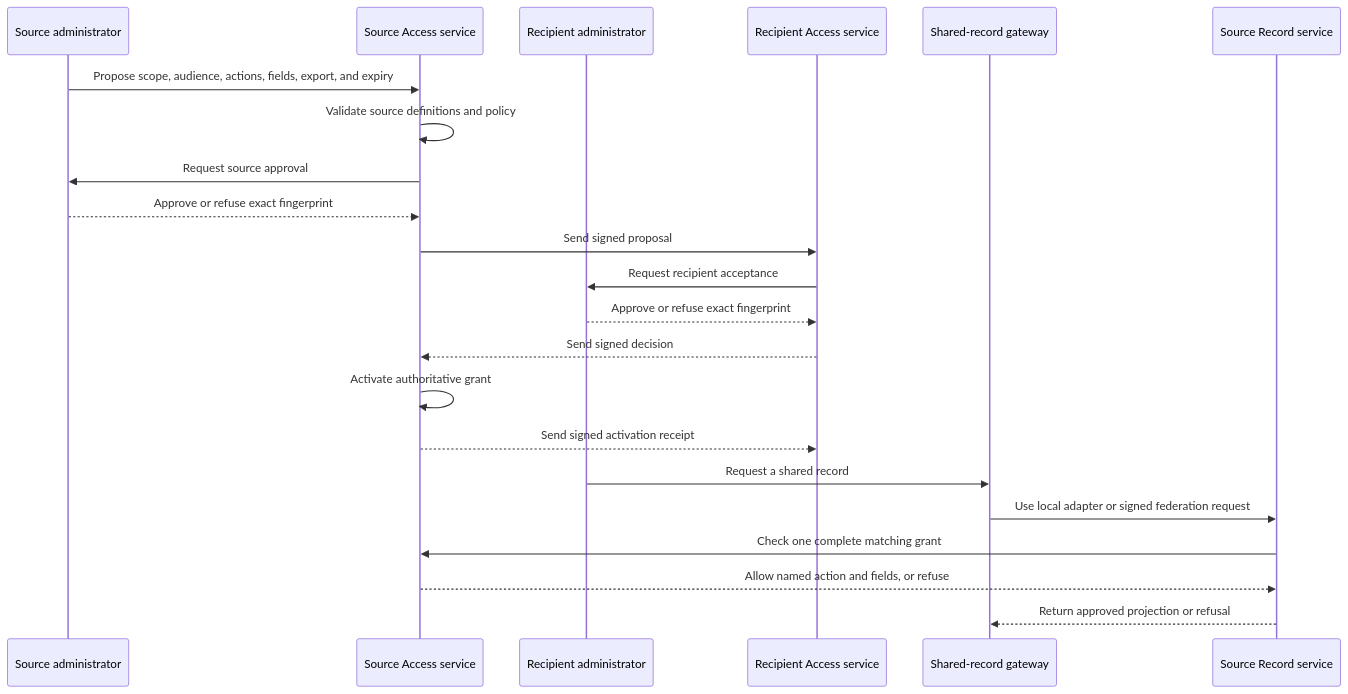
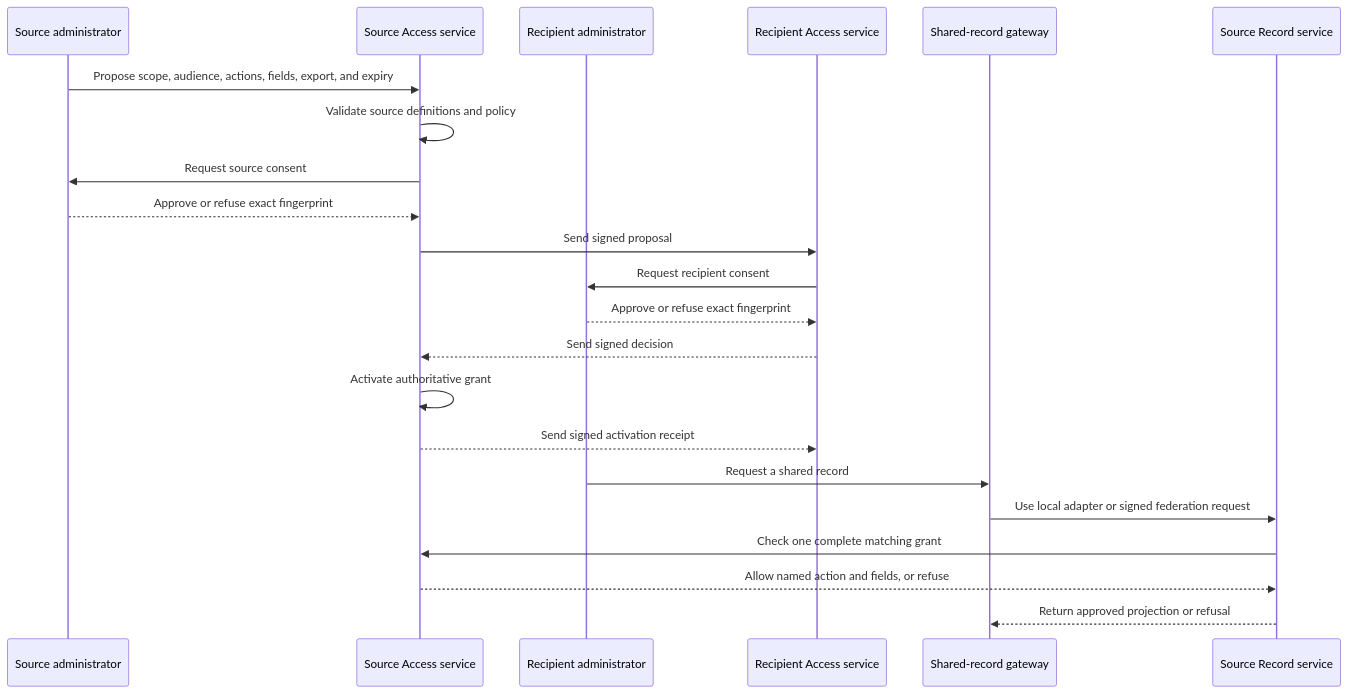
Before and after one commit to Abzum-NZ/Abzum-Vortex: the second of 2 diagrams in docs/specification/16-copying-sharing-import-export.md, drawn with Mermaid. The commit also changed other lines of this file and 58 other files, not shown here.

````diff
--- a/docs/specification/16-copying-sharing-import-export.md
+++ b/docs/specification/16-copying-sharing-import-export.md
@@ -67,24 +67,24 @@
 ```mermaid
 sequenceDiagram
     participant Source as Source administrator
     participant SourceAccess as Source Access service
     participant Recipient as Recipient administrator
     participant RecipientAccess as Recipient Access service
     participant Gateway as Shared-record gateway
     participant Record as Source Record service
     Source->>SourceAccess: Propose scope, audience, actions, fields, export, and expiry
     SourceAccess->>SourceAccess: Validate source definitions and policy
-    SourceAccess->>Source: Request source approval
+    SourceAccess->>Source: Request source consent
     Source-->>SourceAccess: Approve or refuse exact fingerprint
     SourceAccess->>RecipientAccess: Send signed proposal
-    RecipientAccess->>Recipient: Request recipient acceptance
+    RecipientAccess->>Recipient: Request recipient consent
     Recipient-->>RecipientAccess: Approve or refuse exact fingerprint
     RecipientAccess-->>SourceAccess: Send signed decision
     SourceAccess->>SourceAccess: Activate authoritative grant
     SourceAccess-->>RecipientAccess: Send signed activation receipt
     Recipient->>Gateway: Request a shared record
     Gateway->>Record: Use local adapter or signed federation request
     Record->>SourceAccess: Check one complete matching grant
     SourceAccess-->>Record: Allow named action and fields, or refuse
     Record-->>Gateway: Return approved projection or refusal
 ```
````
